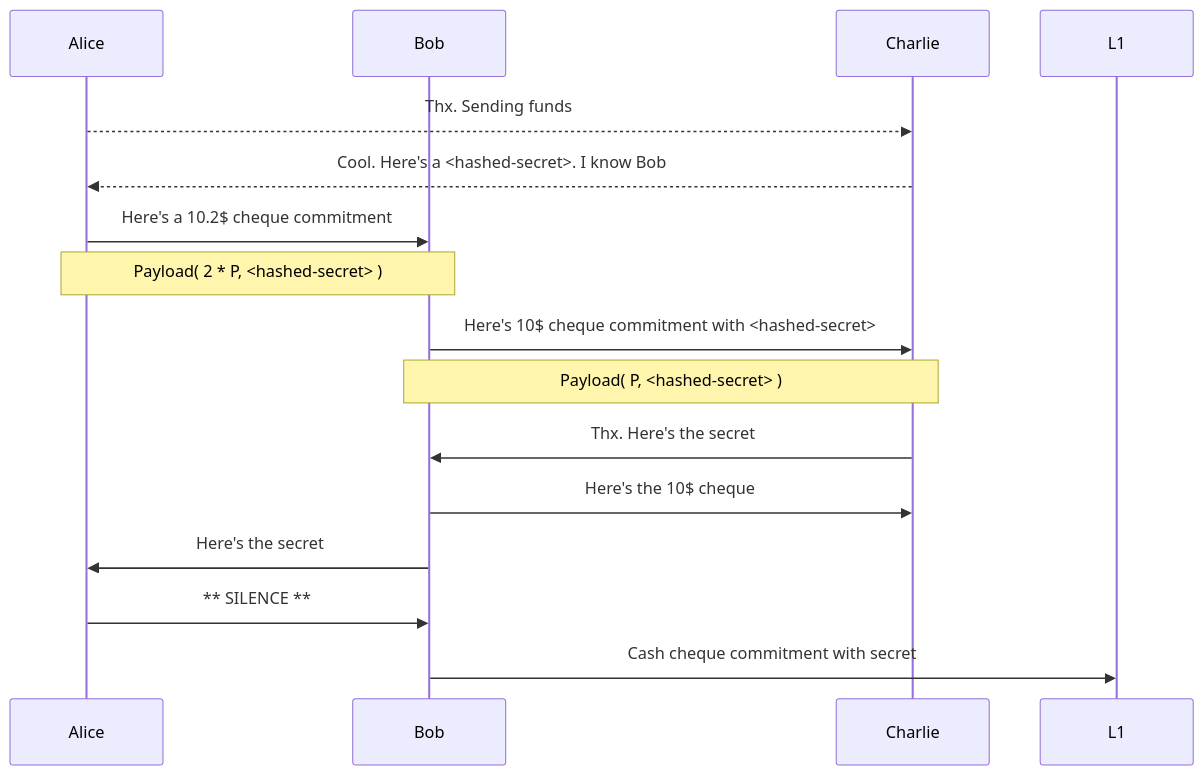
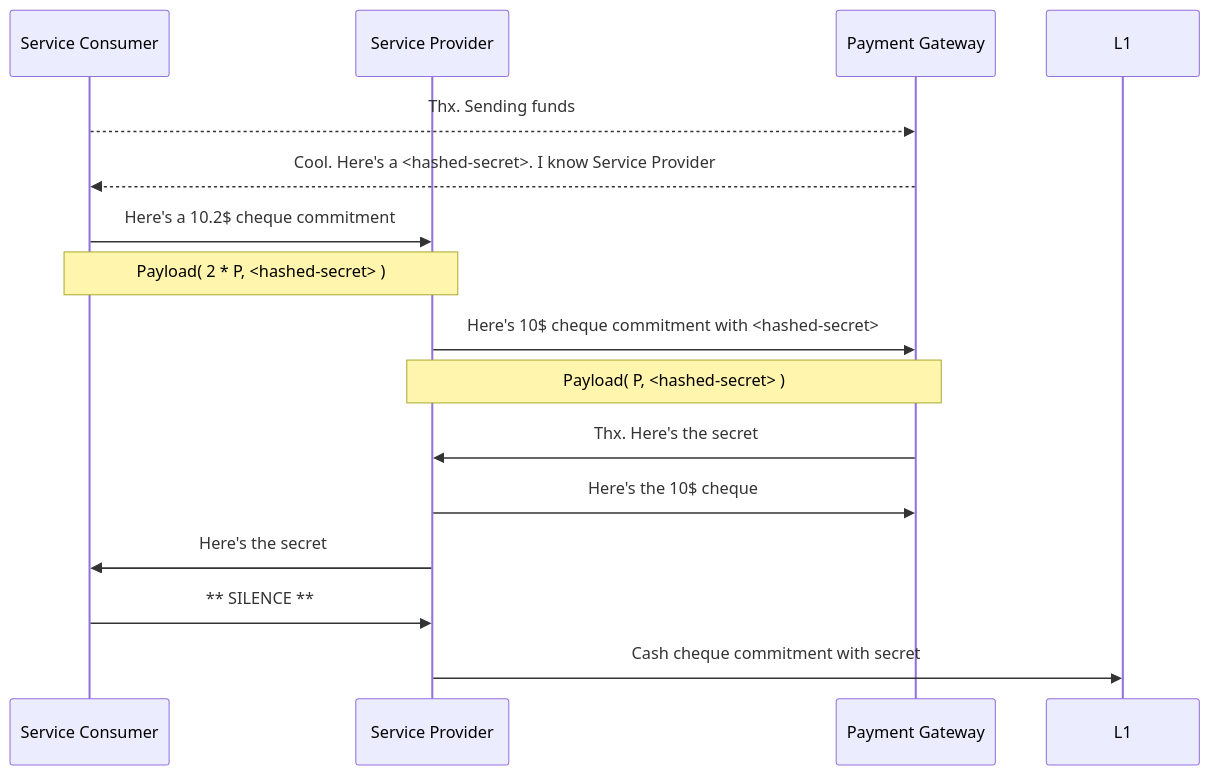
The third of 4 diagrams in docs/design-notes.md (colll78/cardano-lightning), drawn with Mermaid before and after one commit. The commit also changed other lines of this file, not shown here.

````diff
--- a/docs/design-notes.md
+++ b/docs/design-notes.md
@@ -118,18 +118,18 @@
 ```mermaid
  sequenceDiagram
-  participant Alice
-  participant Bob
-  participant Charlie
+  participant Service Consumer
+  participant Service Provider
+  participant Payment Gateway
 
-  Alice-->>Charlie: Thx. Sending funds
-  Charlie-->>Alice: Cool. Here's a <hashed-secret>. I know Bob
-  Alice->>Bob: Here's a 10.2$ cheque commitment
-  Note over Alice,Bob: Payload( 2 * P, <hashed-secret> )
-  Bob->>Charlie: Here's 10$ cheque commitment with <hashed-secret>
-  Note over Bob,Charlie: Payload( P, <hashed-secret> )
-  Charlie->>Bob: Thx. Here's the secret
-  Bob->>Charlie: Here's the 10$ cheque
-  Bob->>Alice: Here's the secret
-  Alice->>Bob: ** SILENCE **
-  Bob->>L1: Cash cheque commitment with secret
+  Service Consumer-->>Payment Gateway: Thx. Sending funds
+  Payment Gateway-->>Service Consumer: Cool. Here's a <hashed-secret>. I know Service Provider
+  Service Consumer->>Service Provider: Here's a 10.2$ cheque commitment
+  Note over Service Consumer,Service Provider: Payload( 2 * P, <hashed-secret> )
+  Service Provider->>Payment Gateway: Here's 10$ cheque commitment with <hashed-secret>
+  Note over Service Provider,Payment Gateway: Payload( P, <hashed-secret> )
+  Payment Gateway->>Service Provider: Thx. Here's the secret
+  Service Provider->>Payment Gateway: Here's the 10$ cheque
+  Service Provider->>Service Consumer: Here's the secret
+  Service Consumer->>Service Provider: ** SILENCE **
+  Service Provider->>L1: Cash cheque commitment with secret
 ```
````
